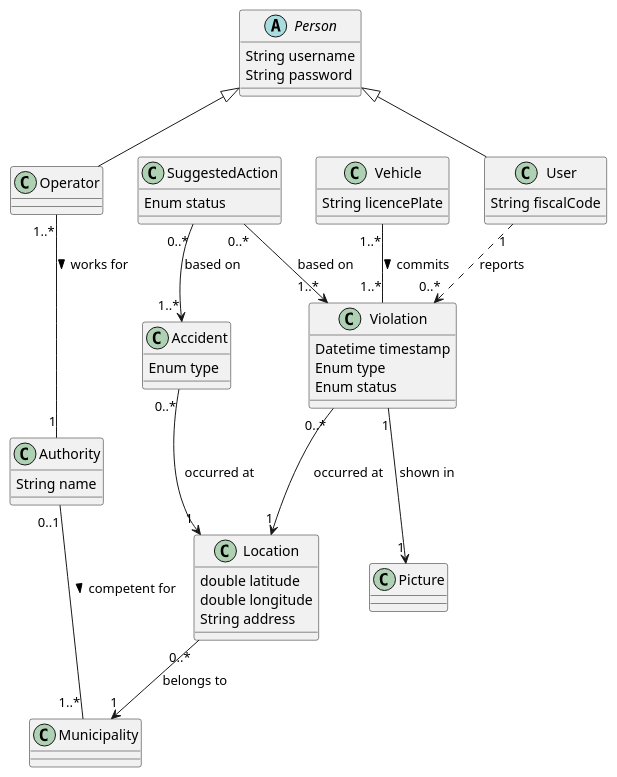
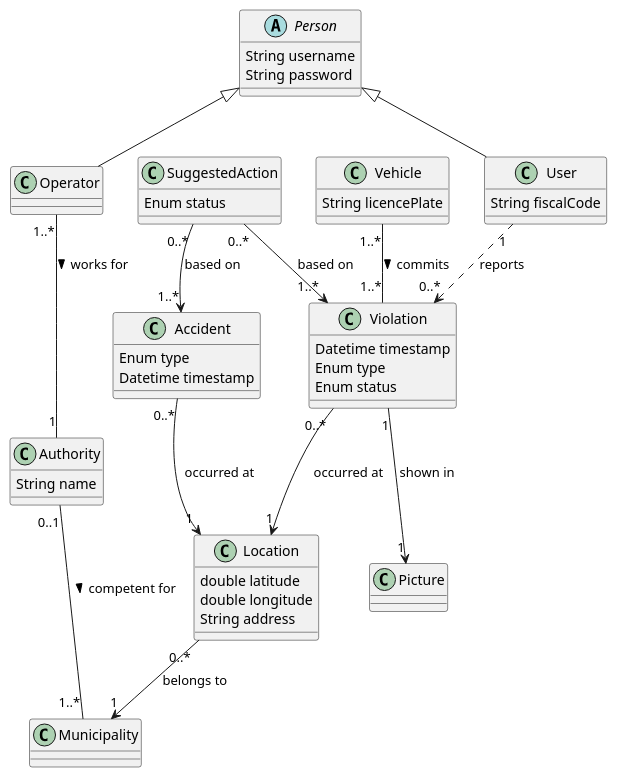
One commit to fuljo/FulginiDiCesare-SE2 changed the diagram in diagrams/rasd_class_diagram.wsd. Above: the diagram before and after it, drawn with PlantUML. The commit also changed 4 other files, not shown here.

```diff
--- a/diagrams/rasd_class_diagram.wsd
+++ b/diagrams/rasd_class_diagram.wsd
@@ -1,66 +1,67 @@
 @startuml rasd_class_diagram
 skinparam Shadowing false
 
 abstract class Person {
     String username
     String password
 }
 
 class User {
     String fiscalCode
 }
 
 User "1" ..> "0..*" Violation : reports
 
 class Operator
 
 Operator "1..*" -- "1" Authority : works for >
 
 class Authority {
     String name
 }
 
 Authority "0..1" -- "1..*" Municipality : competent for >
 
 Person <|-- User
 Person <|-- Operator
 
 class Vehicle {
     String licencePlate
 }
 
 Vehicle "1..*" -- "1..*" Violation : commits > 
 
 class Violation {
     Datetime timestamp
     Enum type
     Enum status
 }
 
 Violation "0..*" --> "1" Location : occurred at
 Violation "1" --> "1" Picture : shown in
 
 class Location {
     double latitude
     double longitude
     String address
 }
 
 Location "0..*" --> "1" Municipality : belongs to
 
 class Municipality
 
 class Accident {
     Enum type
+    Datetime timestamp
 }
 
 Accident "0..*" --> "1" Location : occurred at
 
 class SuggestedAction{
     Enum status
 }
 
 SuggestedAction "0..*" --> "1..*" Violation : based on
 SuggestedAction "0..*" --> "1..*" Accident : based on
 
 @enduml
```
